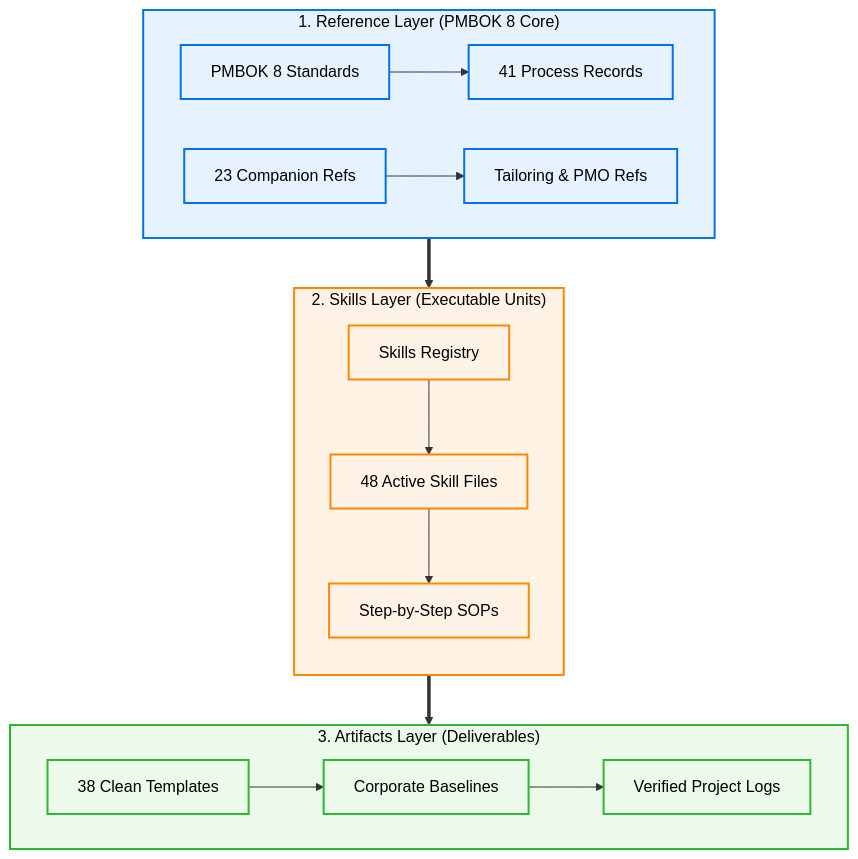
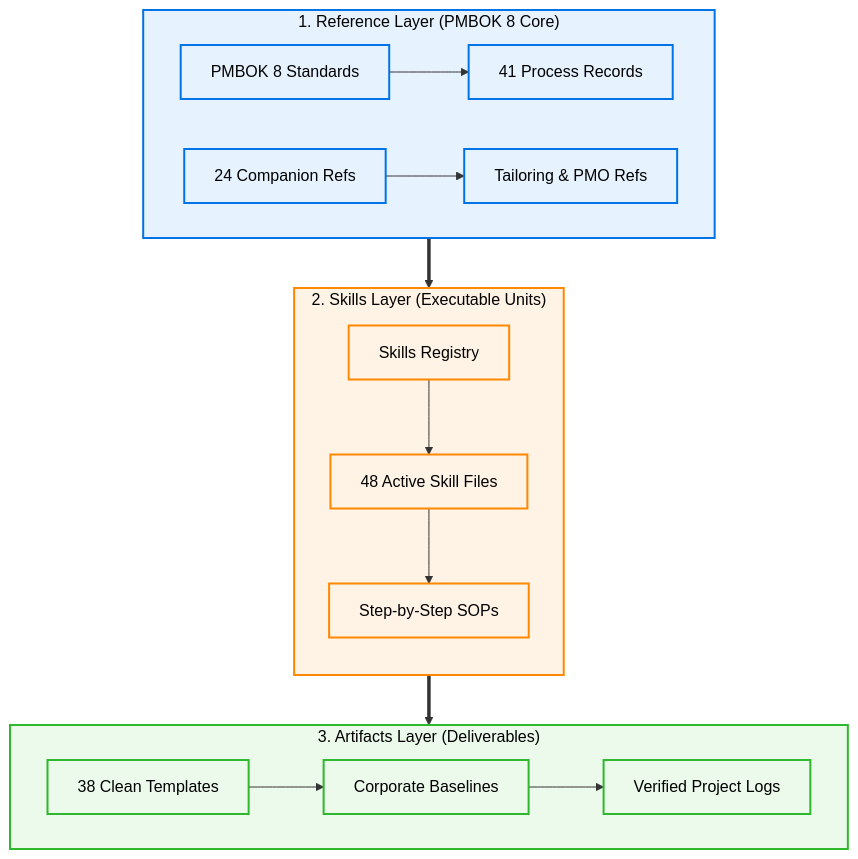
Before and after one commit to mostafaabdalmajeed70/PMOSkills: the diagram in README.md, drawn with Mermaid. The commit also changed other lines of this file, not shown here.

First line of the commit message:
fix(F-09): Standardize companion reference count to 24 everywhere; fix principles count to 6 in directory map

````diff
--- a/README.md
+++ b/README.md
@@ -34,35 +34,35 @@
 ```mermaid
 flowchart TD
     %% Reference Layer
     subgraph RefLayer ["1. Reference Layer (PMBOK 8 Core)"]
         direction LR
         P8[PMBOK 8 Standards] --> PR[41 Process Records]
-        CR[23 Companion Refs] --> TL[Tailoring & PMO Refs]
+        CR[24 Companion Refs] --> TL[Tailoring & PMO Refs]
     end
 
     %% Skills Layer
     subgraph SkillLayer ["2. Skills Layer (Executable Units)"]
         direction TB
         S1[Skills Registry] --> S2[48 Active Skill Files]
         S2 --> S3[Step-by-Step SOPs]
     end
 
     %% Artifacts Layer
     subgraph ArtLayer ["3. Artifacts Layer (Deliverables)"]
         direction LR
         A1[38 Clean Templates] --> A2[Corporate Baselines]
         A2 --> A3[Verified Project Logs]
     end
 
     %% Interaction Paths
     RefLayer ==> SkillLayer
     SkillLayer ==> ArtLayer
     
     classDef refStyle fill:#e6f3ff,stroke:#0073e6,stroke-width:2px,color:#000;
     classDef skillStyle fill:#fff3e6,stroke:#ff8800,stroke-width:2px,color:#000;
     classDef artStyle fill:#ebfaeb,stroke:#2eb82e,stroke-width:2px,color:#000;
     
     class RefLayer,P8,PR,CR,TL refStyle;
     class SkillLayer,S1,S2,S3 skillStyle;
     class ArtLayer,A1,A2,A3 artStyle;
 ```
````
